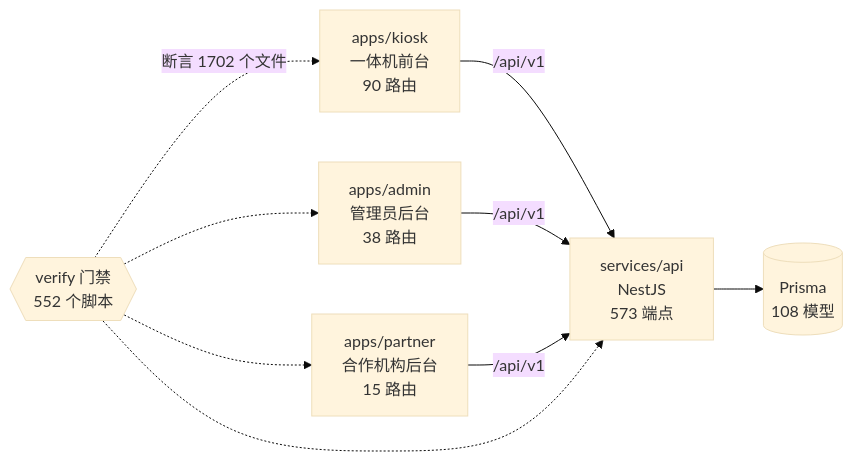
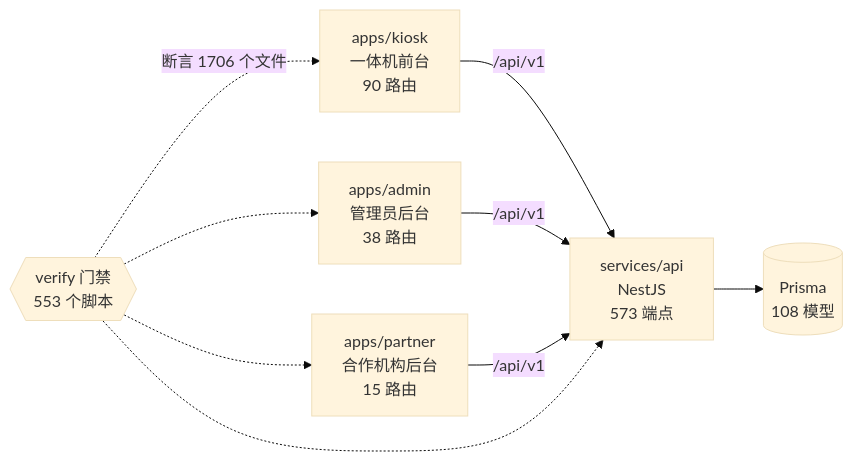
The diagram in docs/graph/README.md (wanglei581/YITIJI), drawn with Mermaid (base theme) before and after one commit. The commit also changed other lines of this file and 2 other files, not shown here.

Commit message:
chore(graph): regenerate

````diff
--- a/docs/graph/README.md
+++ b/docs/graph/README.md
@@ -68,18 +68,18 @@
 ```mermaid
 flowchart LR
   kiosk["apps/kiosk<br/>一体机前台<br/>90 路由"]
   admin["apps/admin<br/>管理员后台<br/>38 路由"]
   partner["apps/partner<br/>合作机构后台<br/>15 路由"]
   api["services/api<br/>NestJS<br/>573 端点"]
   db[("Prisma<br/>108 模型")]
-  gates{{"verify 门禁<br/>552 个脚本"}}
+  gates{{"verify 门禁<br/>553 个脚本"}}
 
   kiosk -->|"/api/v1"| api
   admin -->|"/api/v1"| api
   partner -->|"/api/v1"| api
   api --> db
-  gates -.->|"断言 1702 个文件"| kiosk
+  gates -.->|"断言 1706 个文件"| kiosk
   gates -.-> admin
   gates -.-> partner
   gates -.-> api
 ```
````
